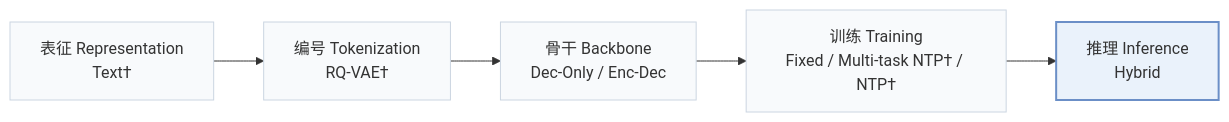
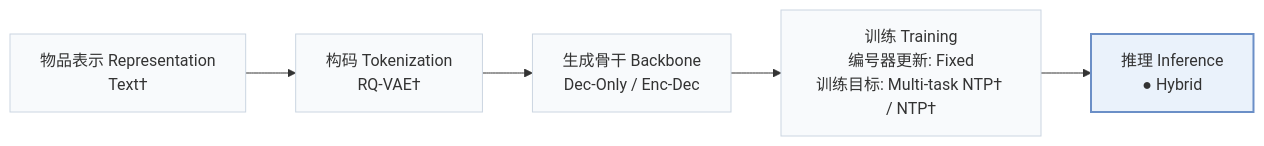
The first of 2 diagrams in pages/zh/papers/cape.md (Galaxy-ghost/Awesome-SID-Generative-Rec), drawn with Mermaid before and after one commit. The commit also changed other lines of this file and 558 other files, not shown here.

````diff
--- a/pages/zh/papers/cape.md
+++ b/pages/zh/papers/cape.md
@@ -15,8 +18,8 @@
 ```mermaid
 flowchart LR
-    R["表征 Representation<br/>Text†"] --> T["编号 Tokenization<br/>RQ-VAE†"] --> B["骨干 Backbone<br/>Dec-Only / Enc-Dec"] --> TR["训练 Training<br/>Fixed / Multi-task NTP† / NTP†"] --> I["推理 Inference<br/>Hybrid"]
+    R["物品表示 Representation<br/>Text†"] --> T["构码 Tokenization<br/>RQ-VAE†"] --> B["生成骨干 Backbone<br/>Dec-Only / Enc-Dec"] --> TR["训练 Training<br/>编号器更新: Fixed<br/>训练目标: Multi-task NTP† / NTP†"] --> I["推理 Inference<br/>● Hybrid"]
     classDef base fill:#f8fafc,stroke:#cbd5e1
     class R,T,B,TR,I base
     classDef main fill:#eaf2fb,stroke:#6b8fc7,stroke-width:2px
     class I main
 ```
````
